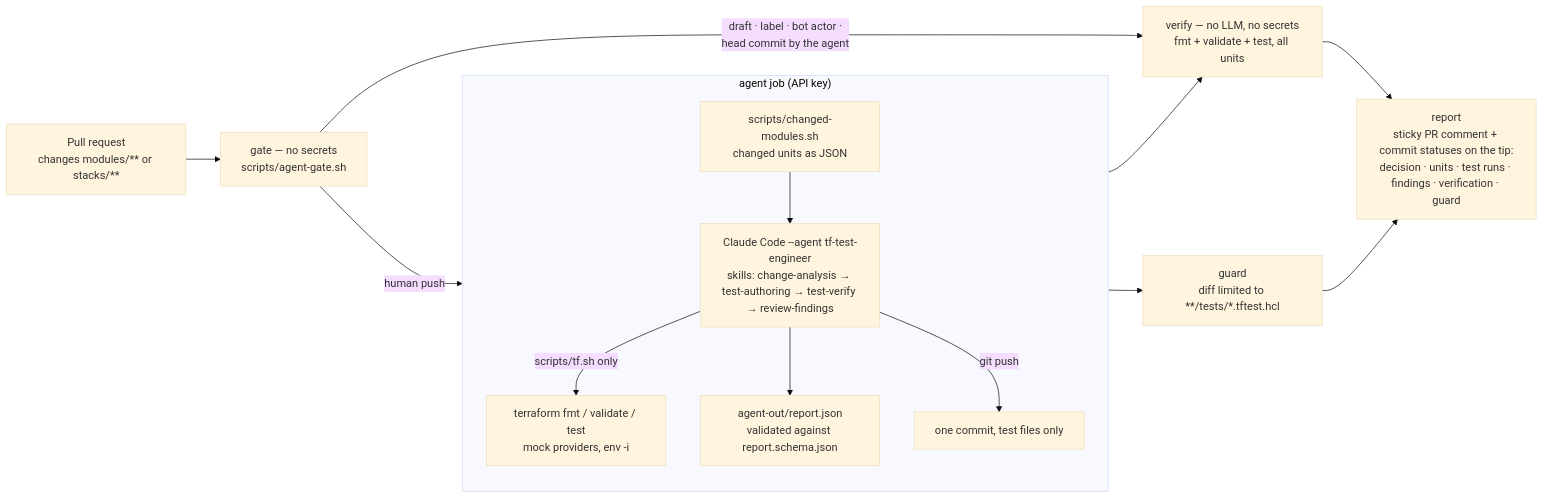
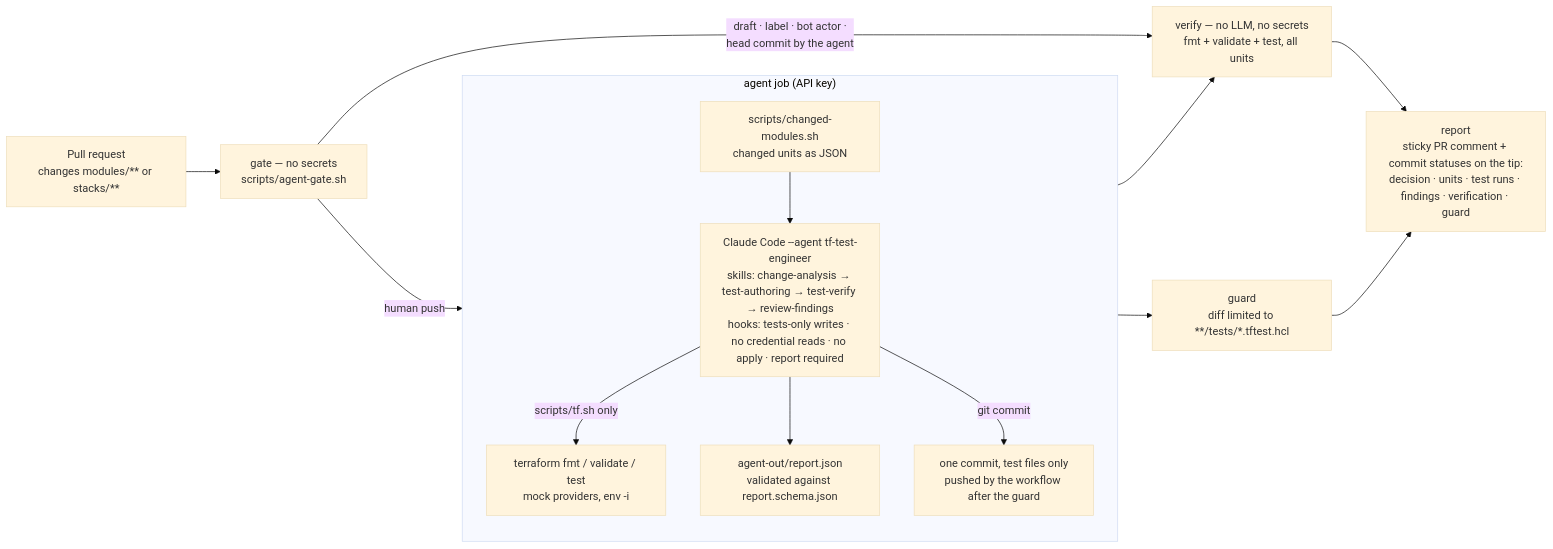
The diagram in README.md (romankovsv/Claudfide), drawn with Mermaid (base theme) before and after one commit. The commit also changed other lines of this file and 17 other files, not shown here.

First line of the commit message:
feat(agent): Claude Code hooks and a credential-free agent session

````diff
--- a/README.md
+++ b/README.md
@@ -71,17 +71,17 @@
 ```mermaid
 flowchart LR
   subgraph agentjob ["agent job (API key)"]
     direction TB
-    cm["scripts/changed-modules.sh<br/>changed units as JSON"] --> cc["Claude Code --agent tf-test-engineer<br/>skills: change-analysis → test-authoring → test-verify → review-findings"]
+    cm["scripts/changed-modules.sh<br/>changed units as JSON"] --> cc["Claude Code --agent tf-test-engineer<br/>skills: change-analysis → test-authoring → test-verify → review-findings<br/>hooks: tests-only writes · no credential reads · no apply · report required"]
     cc -- "scripts/tf.sh only" --> tf["terraform fmt / validate / test<br/>mock providers, env -i"]
     cc --> rep["agent-out/report.json<br/>validated against report.schema.json"]
-    cc -- "git push" --> commit["one commit, test files only"]
+    cc -- "git commit" --> commit["one commit, test files only<br/>pushed by the workflow after the guard"]
   end
   PR["Pull request<br/>changes modules/** or stacks/**"] --> gate["gate — no secrets<br/>scripts/agent-gate.sh"]
   gate -- "human push" --> agentjob
   gate -- "draft · label · bot actor ·<br/>head commit by the agent" --> verify
   agentjob --> verify["verify — no LLM, no secrets<br/>fmt + validate + test, all units"]
   agentjob --> guard["guard<br/>diff limited to **/tests/*.tftest.hcl"]
   verify --> report["report<br/>sticky PR comment + commit statuses on the tip:<br/>decision · units · test runs · findings · verification · guard"]
   guard --> report
 ```
````
